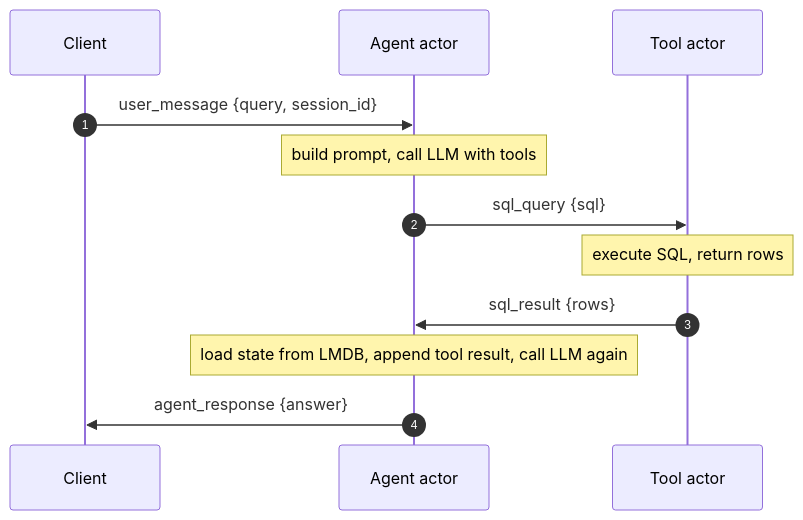
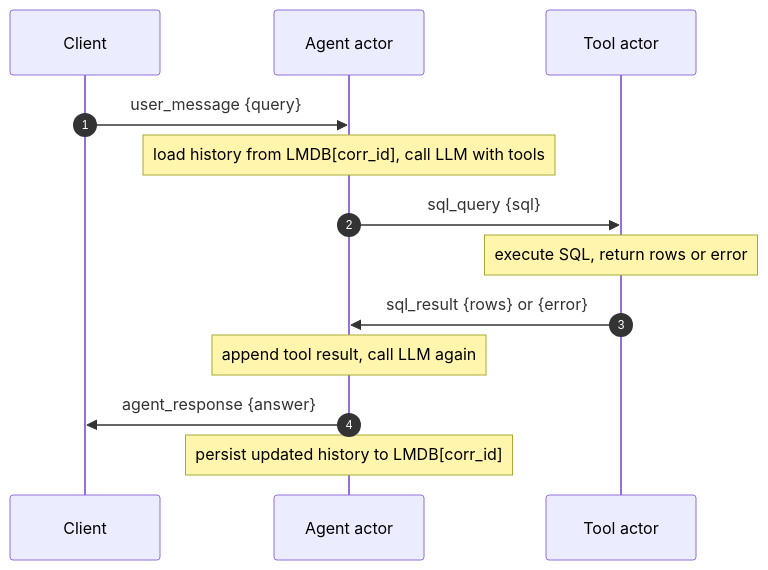
The first of 2 diagrams in docs/agents.qmd (muralidhar-challa/actor-mesh), drawn with Mermaid before and after one commit. The commit also changed other lines of this file and 2 other files, not shown here.

Commit message:
docs: fix model name (gemma4:e2b), update LOC count, chat over query, agent dedup/history

````diff
--- a/docs/agents.qmd
+++ b/docs/agents.qmd
@@ -22,15 +22,16 @@
 ```{mermaid}
 sequenceDiagram
   autonumber
   participant C  as Client
   participant AG as Agent actor
   participant TL as Tool actor
 
-  C  ->> AG : user_message {query, session_id}
-  Note over AG: build prompt, call LLM with tools
+  C  ->> AG : user_message {query}
+  Note over AG: load history from LMDB[corr_id], call LLM with tools
   AG ->> TL : sql_query {sql}
-  Note over TL: execute SQL, return rows
-  TL ->> AG : sql_result {rows}
-  Note over AG: load state from LMDB, append tool result, call LLM again
+  Note over TL: execute SQL, return rows or error
+  TL ->> AG : sql_result {rows} or {error}
+  Note over AG: append tool result, call LLM again
   AG ->> C  : agent_response {answer}
+  Note over AG: persist updated history to LMDB[corr_id]
 ```
````
